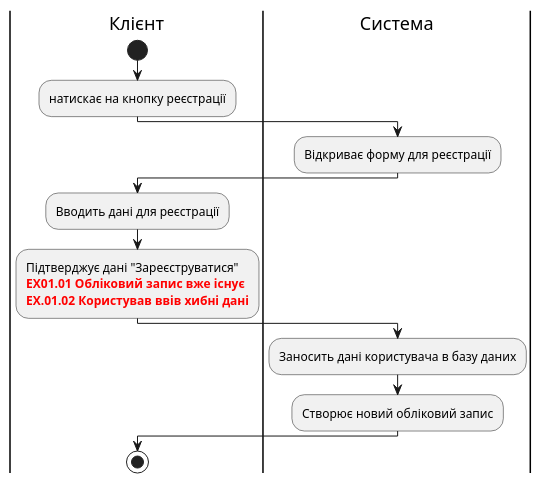
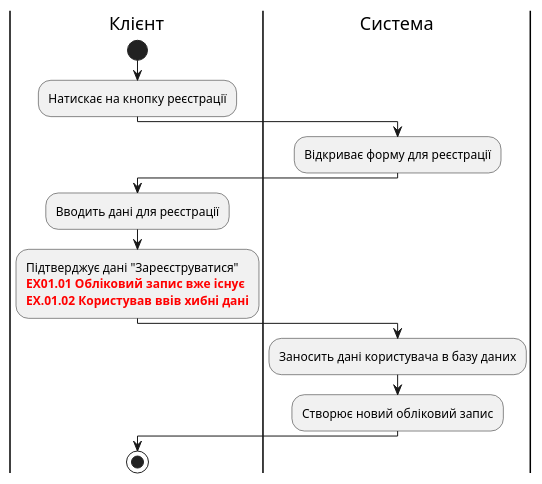
The fourth of 14 diagrams in docs/use cases/README.md (edu-db/edu_db_labs), drawn with PlantUML before and after one commit. The commit also changed other lines of this file and 1 other file, not shown here.

```diff
--- a/docs/use cases/README.md
+++ b/docs/use cases/README.md
@@ -125,22 +124,22 @@
 @startuml
 
 |Клієнт|
 start;
-:натискає на кнопку реєстрації;
+:Натискає на кнопку реєстрації;
 
 |Система|
 :Відкриває форму для реєстрації;
 
 |Клієнт|
 :Вводить дані для реєстрації;
 :Підтверджує дані "Зареєструватися"
 <font color="red"><b>EX01.01 Обліковий запис вже існує
 <font color="red"><b>EX.01.02 Користував ввів хибні дані;
 
 |Система|
 :Заносить дані користувача в базу даних;
 :Створює новий обліковий запис;
 
 |Клієнт|
 stop;
 @enduml
```
